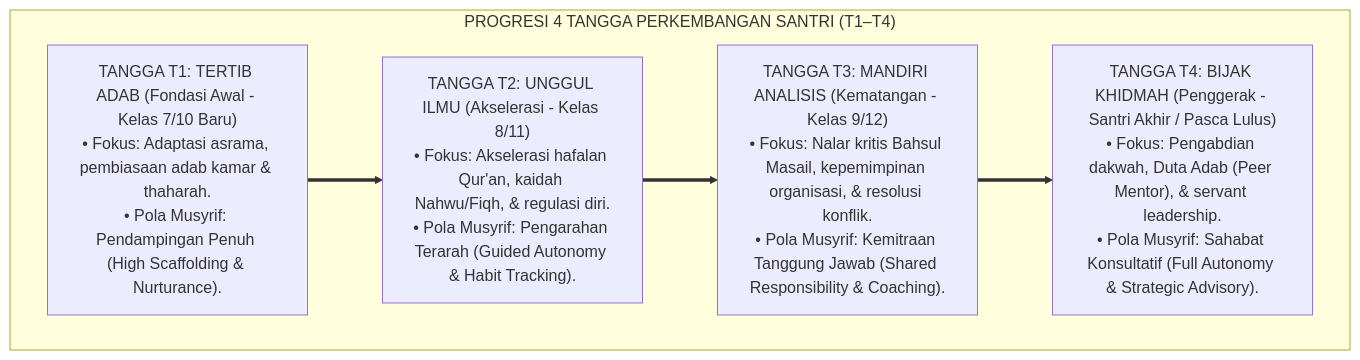
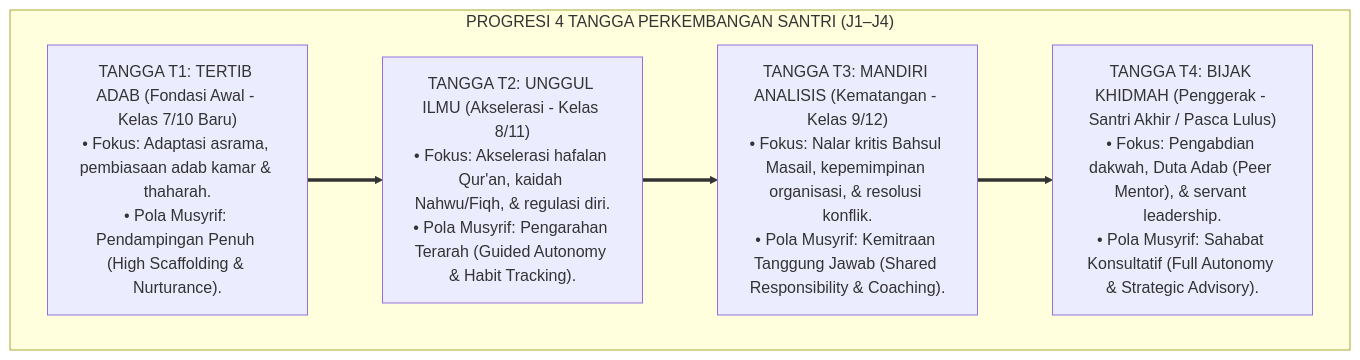
The first of 7 diagrams in 02 Principles/04 Development Principles/P2-04-03-Prinsip-Progresi-Tangga-TUMBUH-T1-T4.md (wandiapriliyandi/tumbuh), drawn with Mermaid before and after one commit. The commit also changed other lines of this file and 209 other files, not shown here.

````diff
--- a/02 Principles/04 Development Principles/P2-04-03-Prinsip-Progresi-Tangga-TUMBUH-T1-T4.md
+++ b/02 Principles/04 Development Principles/P2-04-03-Prinsip-Progresi-Tangga-TUMBUH-T1-T4.md
@@ -61,14 +61,14 @@
 ```mermaid
 flowchart TD
-    subgraph ArsitekturTanggaTUMBUH["PROGRESI 4 TANGGA PERKEMBANGAN SANTRI (T1–T4)"]
+    subgraph ArsitekturTanggaTUMBUH["PROGRESI 4 TANGGA PERKEMBANGAN SANTRI (J1–J4)"]
         T1["TANGGA T1: TERTIB ADAB (Fondasi Awal - Kelas 7/10 Baru)<br/>• Fokus: Adaptasi asrama, pembiasaan adab kamar & thaharah.<br/>• Pola Musyrif: Pendampingan Penuh (High Scaffolding & Nurturance)."]
         
         T2["TANGGA T2: UNGGUL ILMU (Akselerasi - Kelas 8/11)<br/>• Fokus: Akselerasi hafalan Qur'an, kaidah Nahwu/Fiqh, & regulasi diri.<br/>• Pola Musyrif: Pengarahan Terarah (Guided Autonomy & Habit Tracking)."]
         
         T3["TANGGA T3: MANDIRI ANALISIS (Kematangan - Kelas 9/12)<br/>• Fokus: Nalar kritis Bahsul Masail, kepemimpinan organisasi, & resolusi konflik.<br/>• Pola Musyrif: Kemitraan Tanggung Jawab (Shared Responsibility & Coaching)."]
         
         T4["TANGGA T4: BIJAK KHIDMAH (Penggerak - Santri Akhir / Pasca Lulus)<br/>• Fokus: Pengabdian dakwah, Duta Adab (Peer Mentor), & servant leadership.<br/>• Pola Musyrif: Sahabat Konsultatif (Full Autonomy & Strategic Advisory)."]
         
         T1 ==> T2 ==> T3 ==> T4
     end
 ```
````
